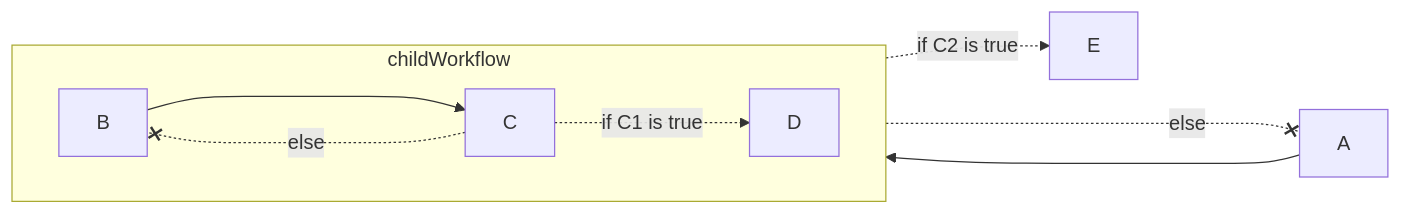
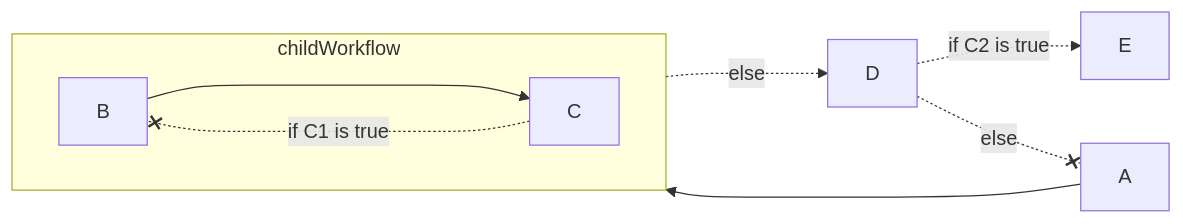
The third of 4 diagrams in README.md (OlofMorraNavara/TemporalQuestions), drawn with Mermaid before and after one commit.

````diff
--- a/README.md
+++ b/README.md
@@ -28,16 +28,15 @@
 ```mermaid
 graph LR
     A
     A ----> B
     subgraph childWorkflow
         direction LR
         B
-        D
         B ----> C
-        C -.if C1 is true.-> D
-        C -.else.-x B
+        C -.if C1 is true.-x B
     end
-    
+    D
+    C -.else.-> D
     D -.if C2 is true.-> E
     D -.else.-x A
 ```
````
